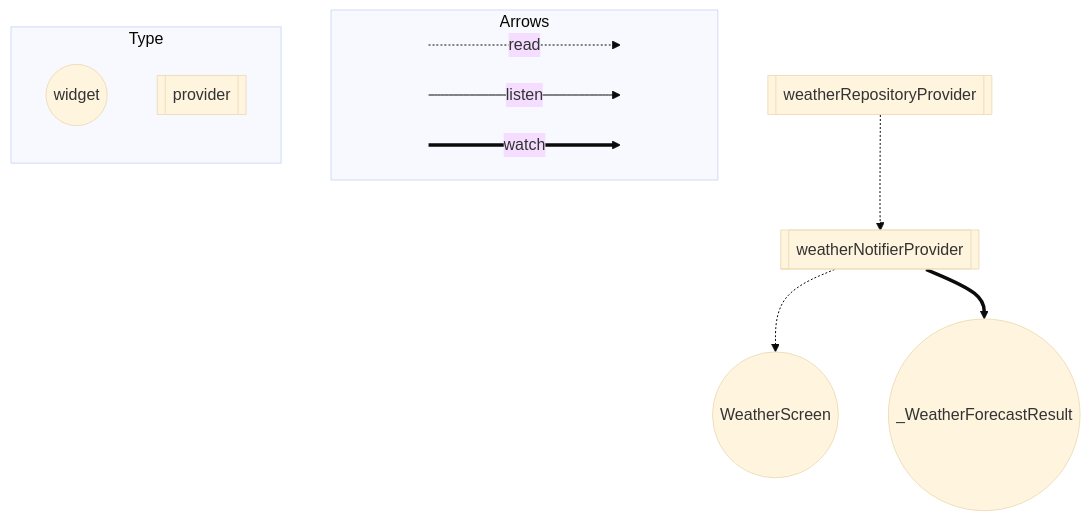
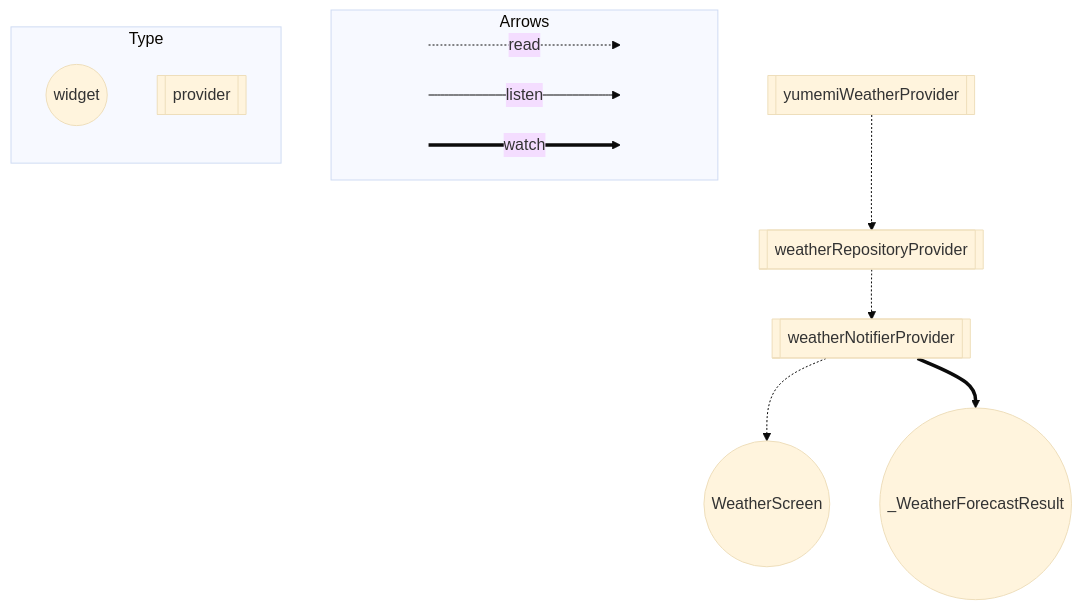
One commit to NaoyukiSugi/weather-forecast-app changed the diagram in ARCHITECTURE.md. Above: the diagram before and after it, drawn with Mermaid (base theme).

Commit message:
ARCHITECTURE.md を更新

````diff
--- a/ARCHITECTURE.md
+++ b/ARCHITECTURE.md
@@ -1,29 +1,31 @@
 ```mermaid
 flowchart TB
   subgraph Arrows
     direction LR
     start1[ ] -..->|read| stop1[ ]
     style start1 height:0px;
     style stop1 height:0px;
     start2[ ] --->|listen| stop2[ ]
     style start2 height:0px;
     style stop2 height:0px;
     start3[ ] ===>|watch| stop3[ ]
     style start3 height:0px;
     style stop3 height:0px;
   end
   subgraph Type
     direction TB
     ConsumerWidget((widget));
     Provider[[provider]];
   end
 
   weatherNotifierProvider[["weatherNotifierProvider"]];
   weatherRepositoryProvider[["weatherRepositoryProvider"]];
+  yumemiWeatherProvider[["yumemiWeatherProvider"]];
   WeatherScreen((WeatherScreen));
   _WeatherForecastResult((_WeatherForecastResult));
 
   weatherNotifierProvider -.-> WeatherScreen;
   weatherNotifierProvider ==> _WeatherForecastResult;
   weatherRepositoryProvider -.-> weatherNotifierProvider;
+  yumemiWeatherProvider -.-> weatherRepositoryProvider;
 ```
````
